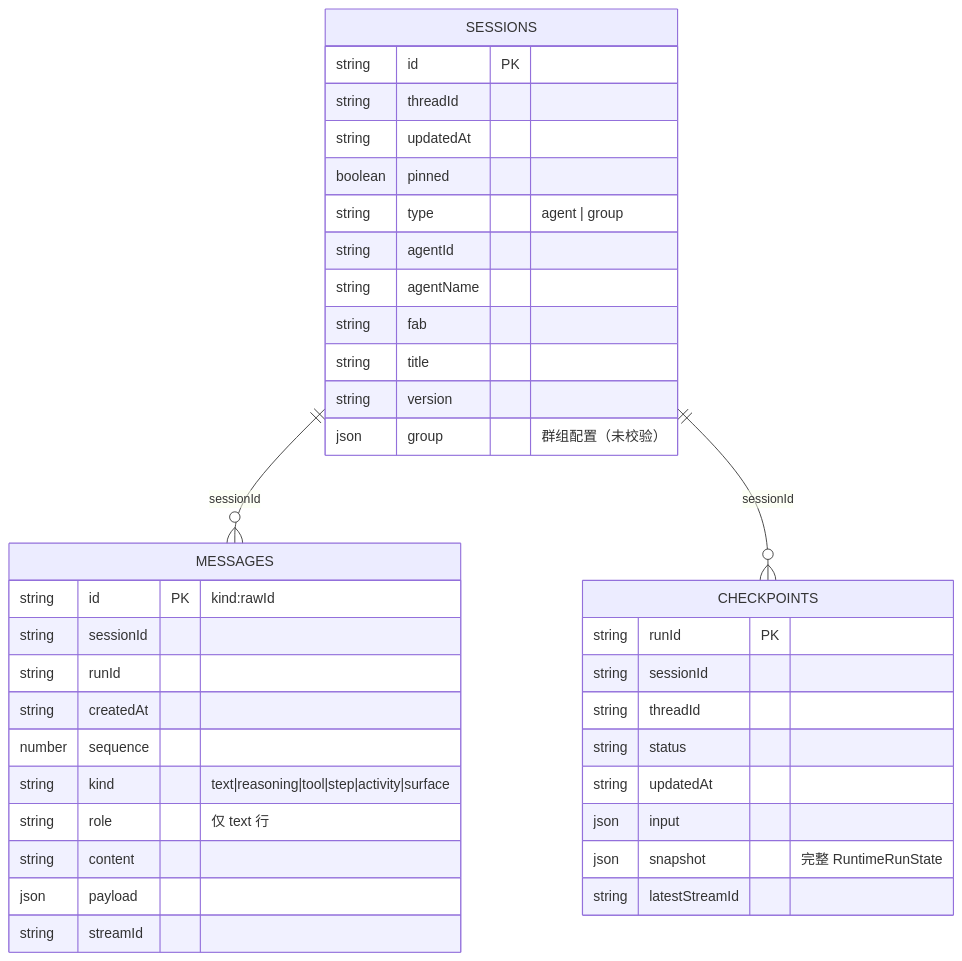
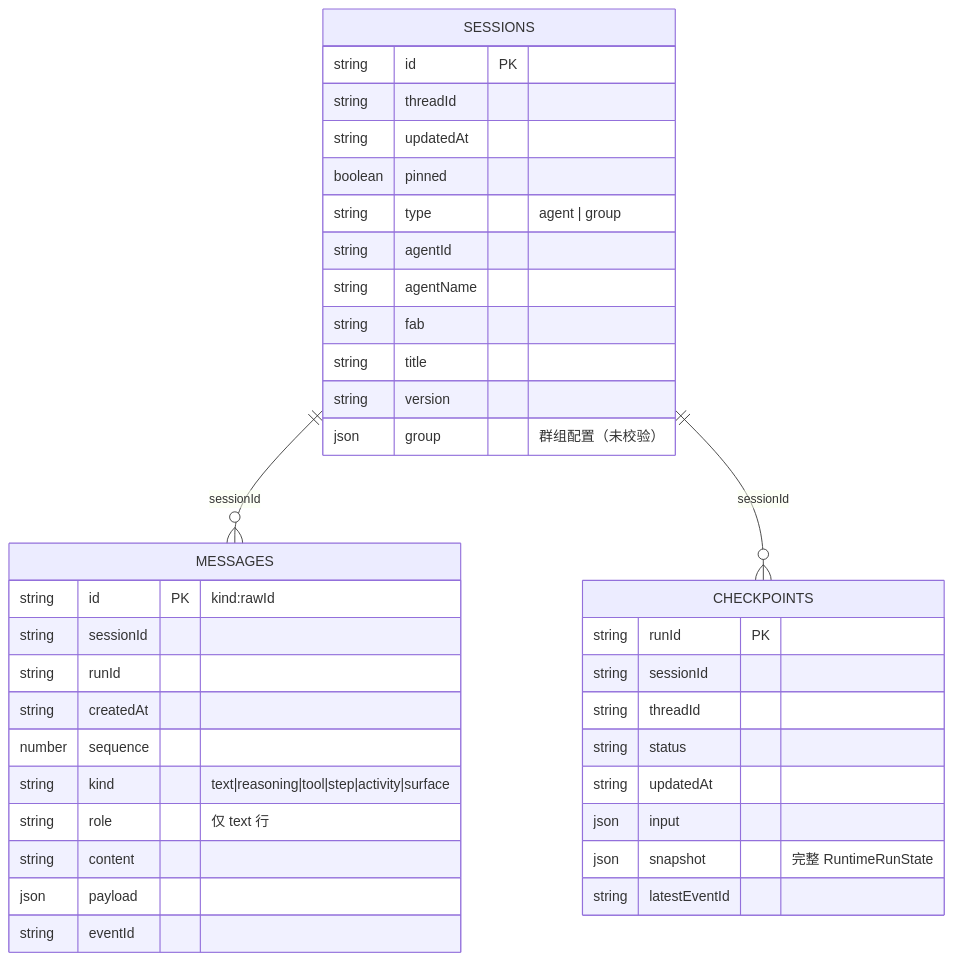
The diagram in INDEXEDDB_SCHEMA_ANALYSIS.md (CurrentTi1024/AgentDock), drawn with Mermaid before and after one commit. The commit also changed other lines of this file and 60 other files, not shown here.

````diff
--- a/INDEXEDDB_SCHEMA_ANALYSIS.md
+++ b/INDEXEDDB_SCHEMA_ANALYSIS.md
@@ -92,40 +92,40 @@
 ```mermaid
 erDiagram
   SESSIONS ||--o{ MESSAGES : "sessionId"
   SESSIONS ||--o{ CHECKPOINTS : "sessionId"
   SESSIONS {
     string id PK
     string threadId
     string updatedAt
     boolean pinned
     string type "agent | group"
     string agentId
     string agentName
     string fab
     string title
     string version
     json group "群组配置（未校验）"
   }
   MESSAGES {
     string id PK "kind:rawId"
     string sessionId
     string runId
     string createdAt
     number sequence
     string kind "text|reasoning|tool|step|activity|surface"
     string role "仅 text 行"
     string content
     json payload
-    string streamId
+    string eventId
   }
   CHECKPOINTS {
     string runId PK
     string sessionId
     string threadId
     string status
     string updatedAt
     json input
     json snapshot "完整 RuntimeRunState"
-    string latestStreamId
+    string latestEventId
   }
 ```
````
